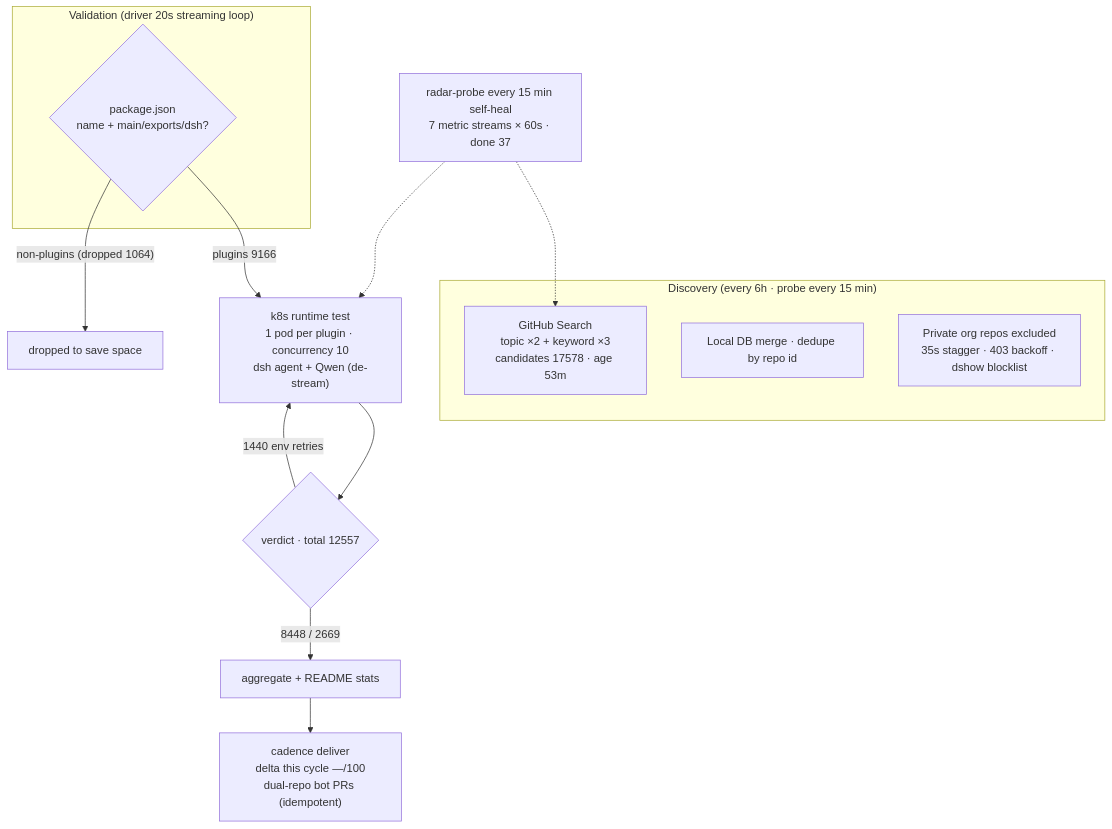
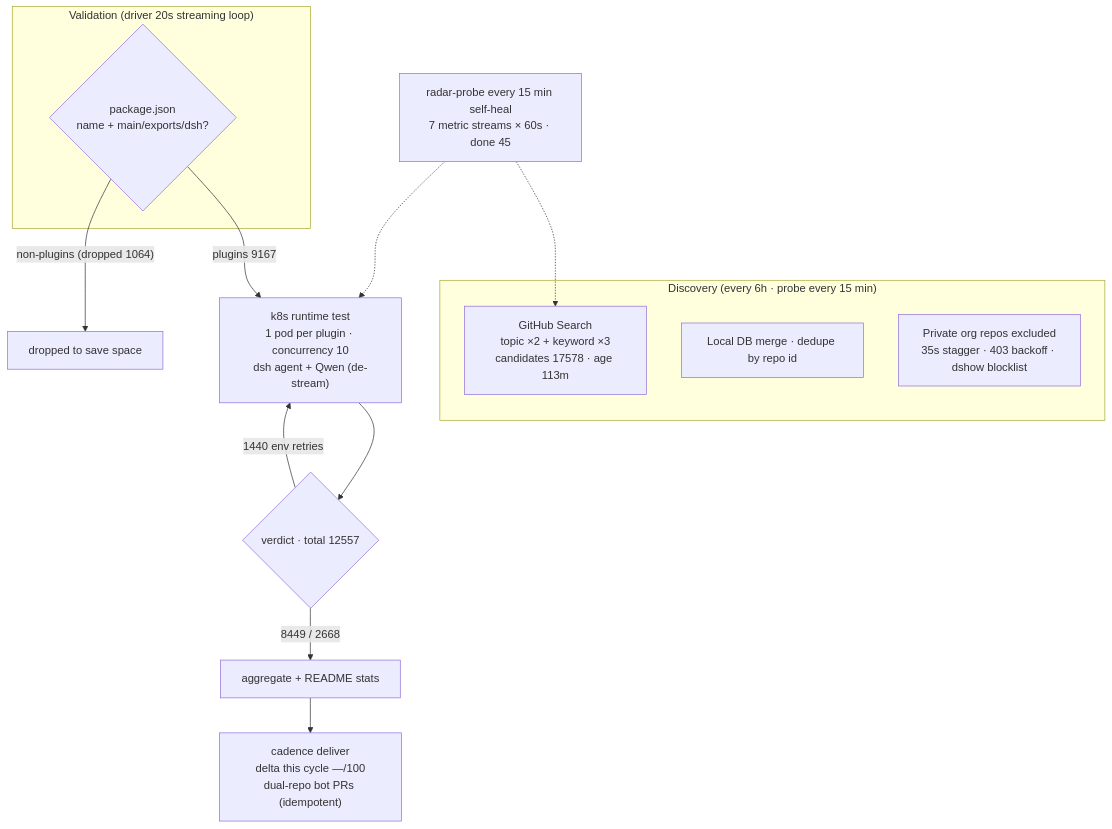
The diagram in README.en-US.md (AdamPlatin123/awesome-dsh-plugins), drawn with Mermaid before and after one commit. The commit also changed other lines of this file and 5 other files, not shown here.

````diff
--- a/README.en-US.md
+++ b/README.en-US.md
@@ -45,20 +45,20 @@
 ```mermaid
 flowchart TB
     subgraph Discovery["Discovery (every 6h · probe every 15 min)"]
-        A1["GitHub Search<br/>topic ×2 + keyword ×3<br/>candidates 17578 · age 53m"]
+        A1["GitHub Search<br/>topic ×2 + keyword ×3<br/>candidates 17578 · age 113m"]
         A2["Local DB merge · dedupe by repo id"]
         A3["Private org repos excluded<br/>35s stagger · 403 backoff · dshow blocklist"]
     end
     subgraph Validation["Validation (driver 20s streaming loop)"]
         B1{"package.json<br/>name + main/exports/dsh?"}
     end
-    B1 -->|"plugins 9166"| C1["k8s runtime test<br/>1 pod per plugin · concurrency 10<br/>dsh agent + Qwen (de-stream)"]
+    B1 -->|"plugins 9167"| C1["k8s runtime test<br/>1 pod per plugin · concurrency 10<br/>dsh agent + Qwen (de-stream)"]
     B1 -->|"non-plugins (dropped 1064)"| B3["dropped to save space"]
     C1 --> D1{"verdict · total 12557"}
-    D1 -->|"8448 / 2669"| E1["aggregate + README stats"]
+    D1 -->|"8449 / 2668"| E1["aggregate + README stats"]
     D1 -->|"1440 env retries"| C1
     E1 --> E2["cadence deliver<br/>delta this cycle —/100<br/>dual-repo bot PRs (idempotent)"]
-    M["radar-probe every 15 min self-heal<br/>7 metric streams × 60s · done 37"]
+    M["radar-probe every 15 min self-heal<br/>7 metric streams × 60s · done 45"]
     M -.-> A1
     M -.-> C1
 ```
````
